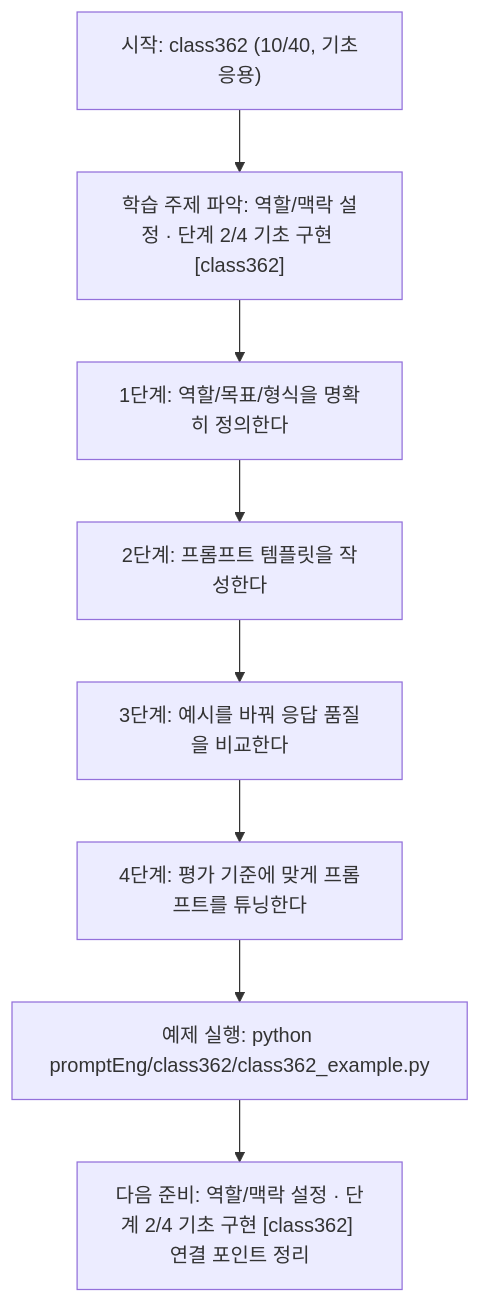
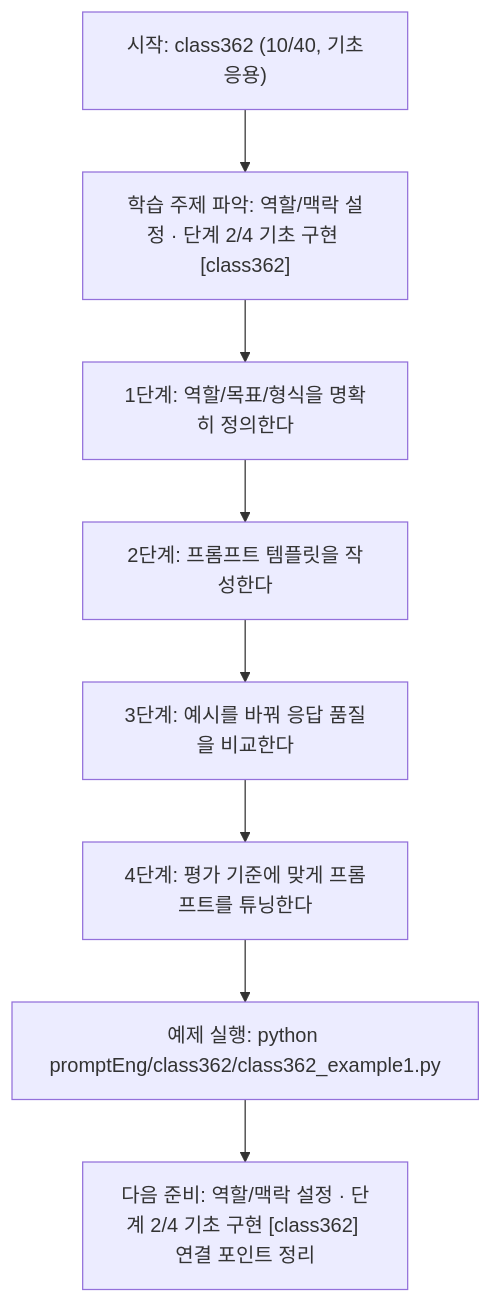
One commit to edumgt/Python-AI_Agent-Class changed the diagram in promptEng/class362/class362.md. Above: the diagram before and after it, drawn with Mermaid. The commit also changed other lines of this file and 2959 other files, not shown here.

````diff
--- a/promptEng/class362/class362.md
+++ b/promptEng/class362/class362.md
@@ -110,18 +110,18 @@
 ```mermaid
 flowchart TD
 N1["시작: class362 (10/40, 기초응용)"]
 N2["학습 주제 파악: 역할/맥락 설정 · 단계 2/4 기초 구현 [class362]"]
 N3["1단계: 역할/목표/형식을 명확히 정의한다"]
 N4["2단계: 프롬프트 템플릿을 작성한다"]
 N5["3단계: 예시를 바꿔 응답 품질을 비교한다"]
 N6["4단계: 평가 기준에 맞게 프롬프트를 튜닝한다"]
-N7["예제 실행: python promptEng/class362/class362_example.py"]
+N7["예제 실행: python promptEng/class362/class362_example1.py"]
 N8["다음 준비: 역할/맥락 설정 · 단계 2/4 기초 구현 [class362] 연결 포인트 정리"]
 N1 --> N2
 N2 --> N3
 N3 --> N4
 N4 --> N5
 N5 --> N6
 N6 --> N7
 N7 --> N8
 ```
````
